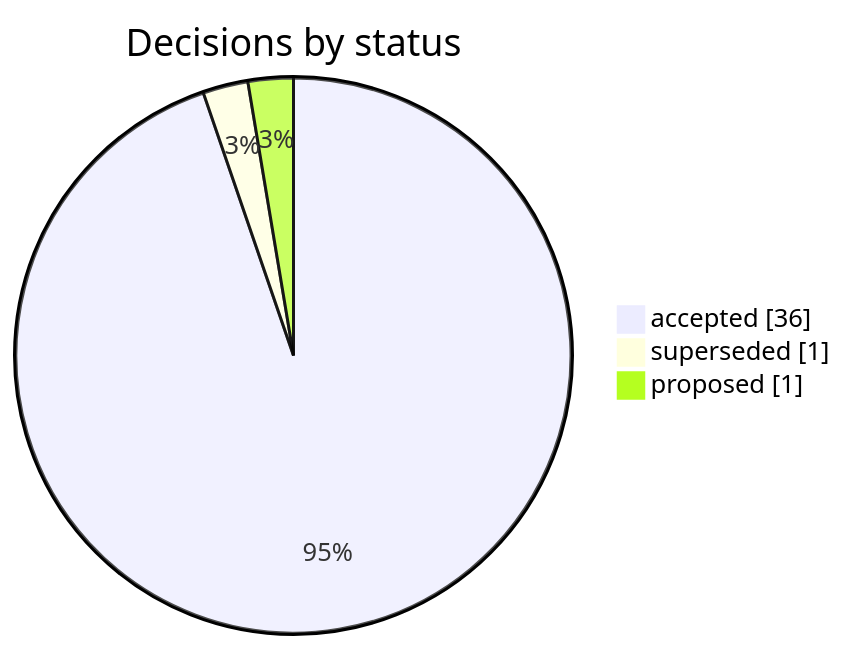
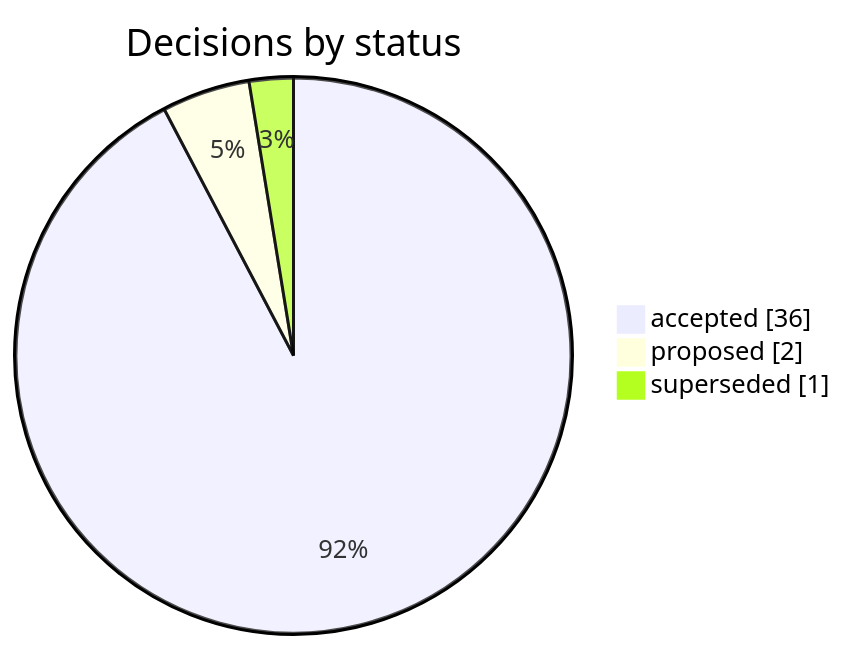
One commit to korczis/OpenTTD changed diagram 11 of 12 in README.md. Above: the diagram before and after it, drawn with Mermaid. The commit also changed other lines of this file and 17 other files, not shown here.

````diff
--- a/README.md
+++ b/README.md
@@ -1468,7 +1468,7 @@
 ```mermaid
 pie showData title Decisions by status
-    %% links: README.md?col=Status&filter=accepted#071-architecture-decisions | README.md?col=Status&filter=superseded#071-architecture-decisions | README.md?col=Status&filter=proposed#071-architecture-decisions
+    %% links: README.md?col=Status&filter=accepted#071-architecture-decisions | README.md?col=Status&filter=proposed#071-architecture-decisions | README.md?col=Status&filter=superseded#071-architecture-decisions
     "accepted" : 36
+    "proposed" : 2
     "superseded" : 1
-    "proposed" : 1
 ```
````
